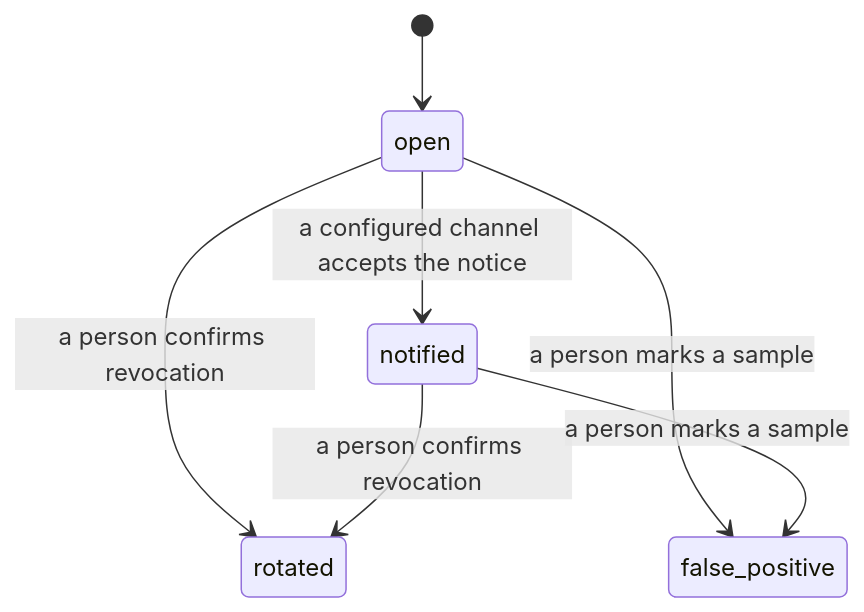
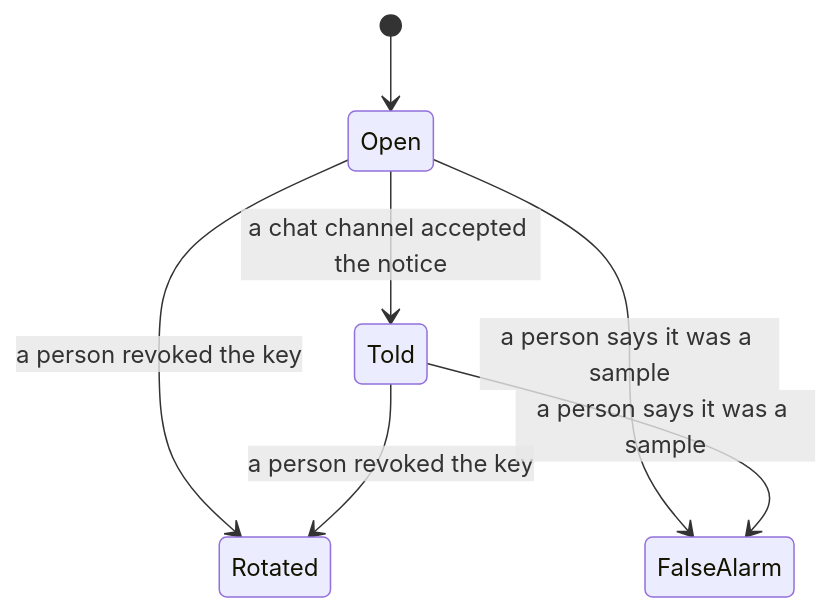
One commit to Coff0xc/Github-API-scan changed the fourth of 5 diagrams in README.md. Above: the diagram before and after it, drawn with Mermaid. The commit also changed other lines of this file, not shown here.

````diff
--- a/README.md
+++ b/README.md
@@ -138,9 +145,9 @@
 ```mermaid
 stateDiagram-v2
-  [*] --> open
-  open --> notified: a configured channel accepts the notice
-  open --> rotated: a person confirms revocation
-  open --> false_positive: a person marks a sample
-  notified --> rotated: a person confirms revocation
-  notified --> false_positive: a person marks a sample
+  [*] --> Open
+  Open --> Told: a chat channel accepted the notice
+  Open --> Rotated: a person revoked the key
+  Open --> FalseAlarm: a person says it was a sample
+  Told --> Rotated: a person revoked the key
+  Told --> FalseAlarm: a person says it was a sample
 ```
````
